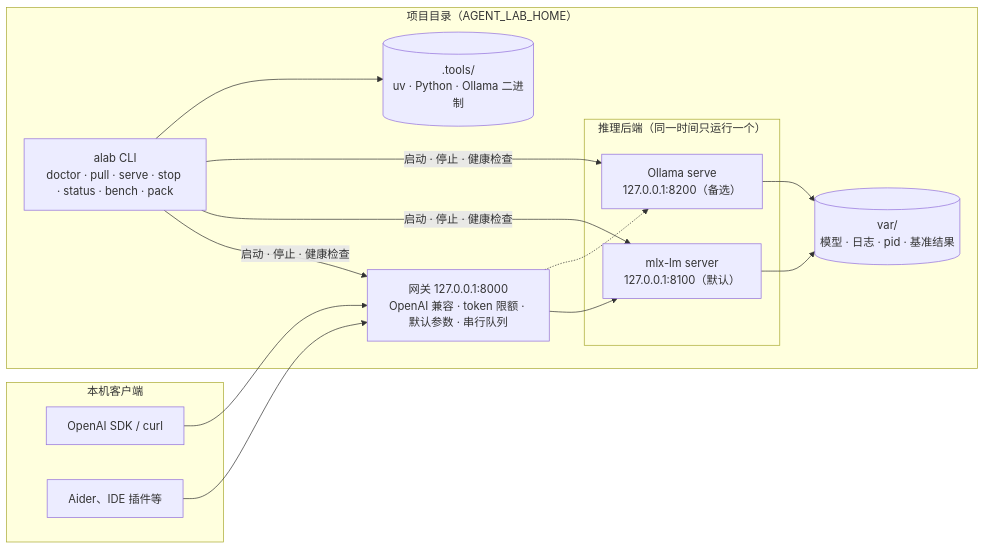
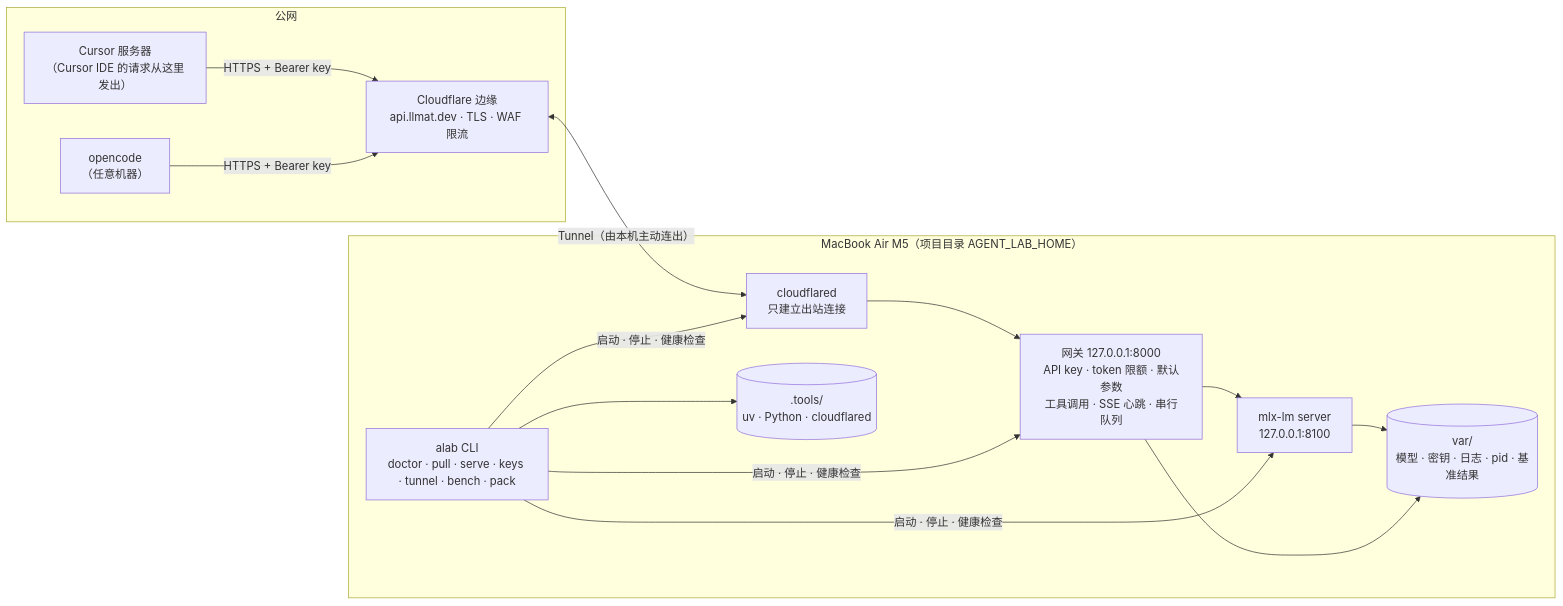
The diagram in docs/design.md (likefudan/agent-lab), drawn with Mermaid before and after one commit. The commit also changed other lines of this file and 15 other files, not shown here.

First line of the commit message:
Revise design: mlx-lm only, public access via api.llmat.dev for Cursor and opencode

````diff
--- a/docs/design.md
+++ b/docs/design.md
@@ -191,29 +207,29 @@
 ```mermaid
 flowchart LR
-    subgraph Clients["本机客户端"]
-        SDK["OpenAI SDK / curl"]
-        Tools["Aider、IDE 插件等"]
+    subgraph Remote["公网"]
+        CursorSrv["Cursor 服务器<br/>（Cursor IDE 的请求从这里发出）"]
+        OpenCode["opencode<br/>（任意机器）"]
+        Edge["Cloudflare 边缘<br/>api.llmat.dev · TLS · WAF 限流"]
     end
 
-    subgraph Home["项目目录（AGENT_LAB_HOME）"]
-        CLI["alab CLI<br/>doctor · pull · serve · stop · status · bench · pack"]
-        GW["网关 127.0.0.1:8000<br/>OpenAI 兼容 · token 限额 · 默认参数 · 串行队列"]
-        subgraph Backends["推理后端（同一时间只运行一个）"]
-            MLX["mlx-lm server<br/>127.0.0.1:8100（默认）"]
-            OLL["Ollama serve<br/>127.0.0.1:8200（备选）"]
-        end
-        Store[("var/<br/>模型 · 日志 · pid · 基准结果")]
-        Tool[(".tools/<br/>uv · Python · Ollama 二进制")]
+    subgraph Mac["MacBook Air M5（项目目录 AGENT_LAB_HOME）"]
+        CF["cloudflared<br/>只建立出站连接"]
+        GW["网关 127.0.0.1:8000<br/>API key · token 限额 · 默认参数<br/>工具调用 · SSE 心跳 · 串行队列"]
+        MLX["mlx-lm server<br/>127.0.0.1:8100"]
+        CLI["alab CLI<br/>doctor · pull · serve · keys · tunnel · bench · pack"]
+        Store[("var/<br/>模型 · 密钥 · 日志 · pid · 基准结果")]
+        Tool[(".tools/<br/>uv · Python · cloudflared")]
     end
 
-    SDK --> GW
-    Tools --> GW
+    CursorSrv -->|HTTPS + Bearer key| Edge
+    OpenCode -->|HTTPS + Bearer key| Edge
+    Edge <-->|"Tunnel（由本机主动连出）"| CF
+    CF --> GW
+    GW --> MLX
+    CLI -->|"启动 · 停止 · 健康检查"| CF
     CLI -->|"启动 · 停止 · 健康检查"| GW
     CLI -->|"启动 · 停止 · 健康检查"| MLX
-    CLI -->|"启动 · 停止 · 健康检查"| OLL
-    GW --> MLX
-    GW -.-> OLL
     MLX --> Store
-    OLL --> Store
+    GW --> Store
     CLI --> Tool
 ```
````
